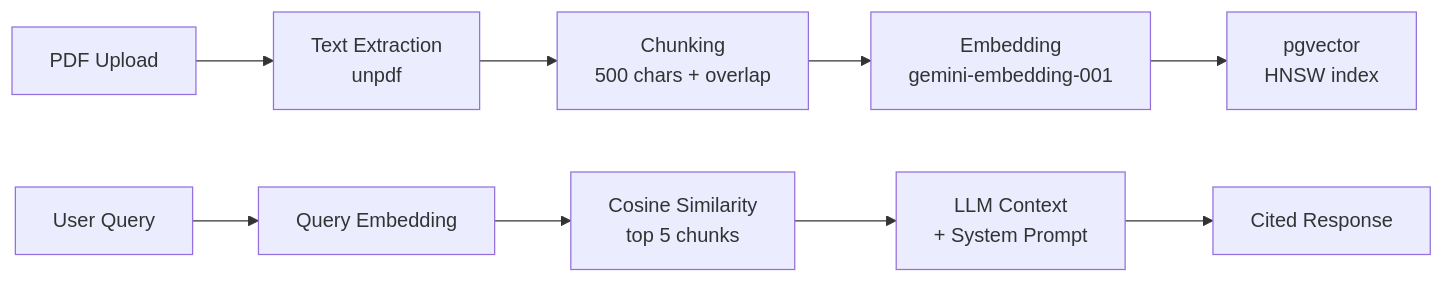
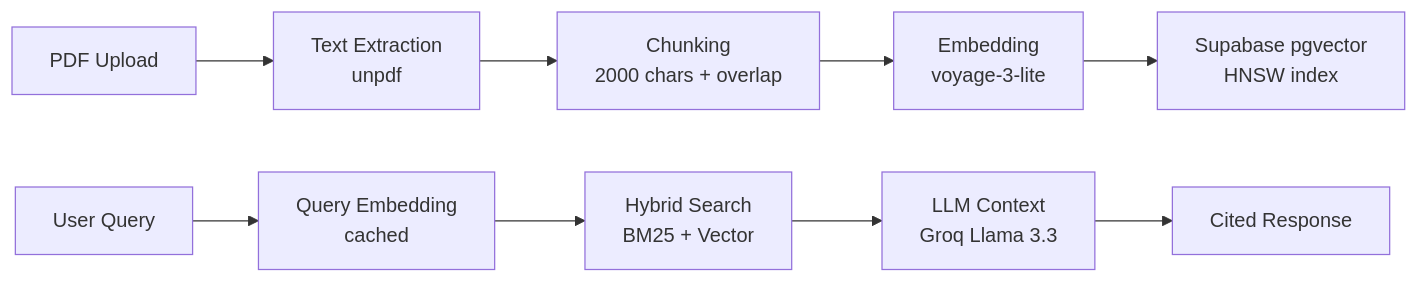
One commit to davidfertube/spec-agents changed the diagram in README.md. Above: the diagram before and after it, drawn with Mermaid. The commit also changed other lines of this file and 16 other files, not shown here.

````diff
--- a/README.md
+++ b/README.md
@@ -50,12 +50,12 @@
 ```mermaid
 graph LR
     A[PDF Upload] --> B[Text Extraction<br/>unpdf]
-    B --> C[Chunking<br/>500 chars + overlap]
-    C --> D[Embedding<br/>gemini-embedding-001]
-    D --> E[pgvector<br/>HNSW index]
+    B --> C[Chunking<br/>2000 chars + overlap]
+    C --> D[Embedding<br/>voyage-3-lite]
+    D --> E[Supabase pgvector<br/>HNSW index]
 
-    F[User Query] --> G[Query Embedding]
-    G --> H[Cosine Similarity<br/>top 5 chunks]
-    H --> I[LLM Context<br/>+ System Prompt]
+    F[User Query] --> G[Query Embedding<br/>cached]
+    G --> H[Hybrid Search<br/>BM25 + Vector]
+    H --> I[LLM Context<br/>Groq Llama 3.3]
     I --> J[Cited Response]
 ```
````
